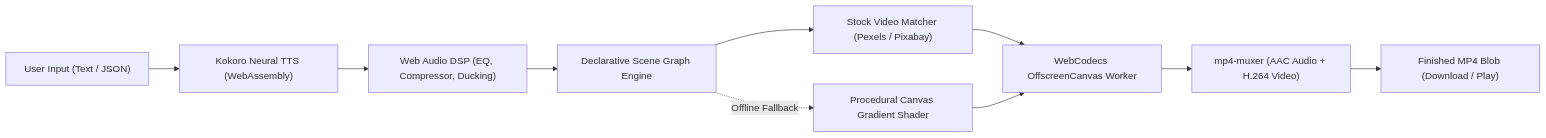
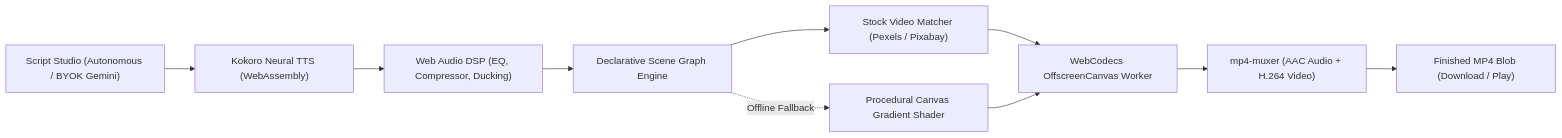
One commit to Prixeree/docuforge changed the first of 2 diagrams in README.md. Above: the diagram before and after it, drawn with Mermaid. The commit also changed other lines of this file and 4 other files, not shown here.

Commit message:
feat: autonomous script generation, BYOK Gemini & Pexels stock integration, and asset documentation

````diff
--- a/README.md
+++ b/README.md
@@ -124,11 +124,11 @@
 ```mermaid
 flowchart LR
-    A["User Input (Text / JSON)"] --> B["Kokoro Neural TTS (WebAssembly)"]
+    A["Script Studio (Autonomous / BYOK Gemini)"] --> B["Kokoro Neural TTS (WebAssembly)"]
     B --> C["Web Audio DSP (EQ, Compressor, Ducking)"]
     C --> D["Declarative Scene Graph Engine"]
     D --> E["Stock Video Matcher (Pexels / Pixabay)"]
     D -. Offline Fallback .-> F["Procedural Canvas Gradient Shader"]
     E & F --> G["WebCodecs OffscreenCanvas Worker"]
     G --> H["mp4-muxer (AAC Audio + H.264 Video)"]
     H --> I["Finished MP4 Blob (Download / Play)"]
 ```
````
